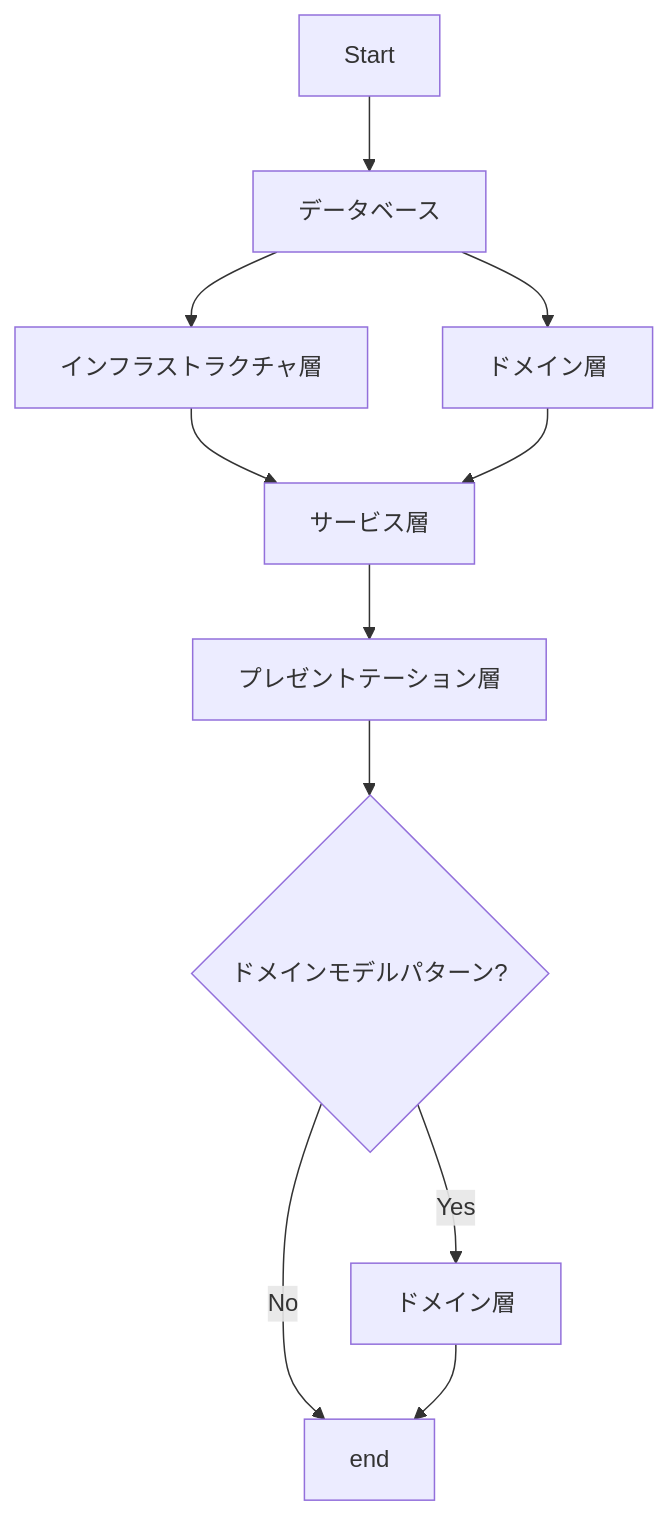
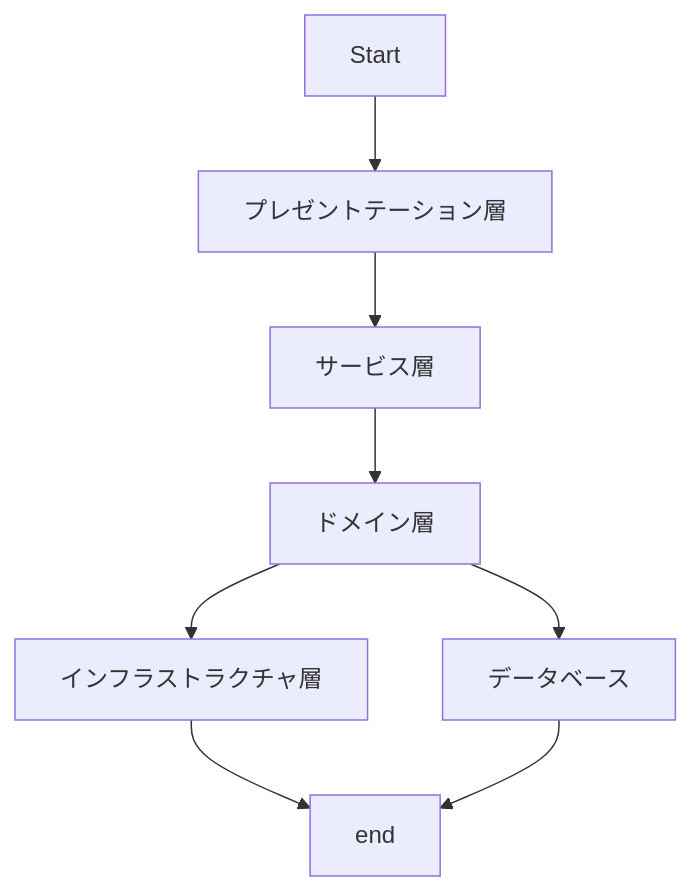
The seventh of 8 diagrams in docs/journal/src/content/blog/2025-02-19-1.md (k2works/case-study-sales), drawn with Mermaid before and after one commit. The commit also changed other lines of this file, not shown here.

````diff
--- a/docs/journal/src/content/blog/2025-02-19-1.md
+++ b/docs/journal/src/content/blog/2025-02-19-1.md
@@ -116,13 +145,10 @@
 ```mermaid
 flowchart TD
-    A[Start] --> B[データベース]
-    B --> C[インフラストラクチャ層]
-    B --> D[ドメイン層]
-    C --> E[サービス層]
-    D --> E[サービス層]
-    E --> F[プレゼントテーション層]
-    F --> G{ドメインモデルパターン?}
-    G -- Yes --> H[ドメイン層]
-    G -- No --> I[end]
-    H --> I
+    A[Start] --> B[プレゼントテーション層]
+    B --> C[サービス層]
+    C --> D[ドメイン層]
+    D--> E[インフラストラクチャ層]
+    D--> F[データベース]
+    E --> I[end]
+    F --> I
 ```
````
